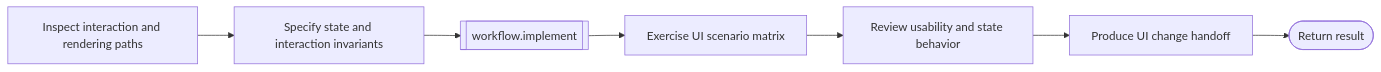
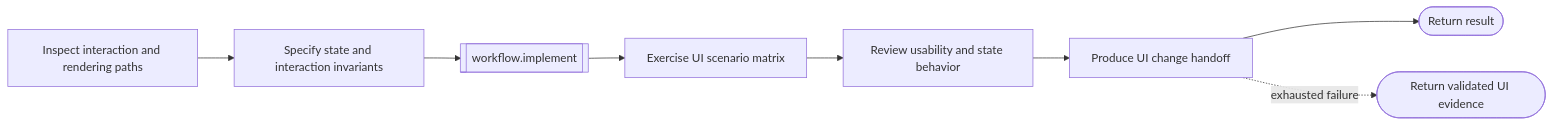
One commit to matthis-k/phenix-agent-harness changed the diagram in modules/phenix-pi/definitions/workflows/sources/ui-change.workflow.md. Above: the diagram before and after it, drawn with Mermaid. The commit also changed other lines of this file and 9 other files, not shown here.

````diff
--- a/modules/phenix-pi/definitions/workflows/sources/ui-change.workflow.md
+++ b/modules/phenix-pi/definitions/workflows/sources/ui-change.workflow.md
@@ -16,9 +16,10 @@
 ```mermaid
 flowchart LR
     inspect[Inspect interaction and rendering paths] --> design[Specify state and interaction invariants]
     design --> implement[[workflow.implement]]
     implement --> scenarios[Exercise UI scenario matrix]
     scenarios --> critique[Review usability and state behavior]
     critique --> finalize[Produce UI change handoff]
     finalize --> return([Return result])
+    finalize -. exhausted failure .-> fallback([Return validated UI evidence])
 ```
````
